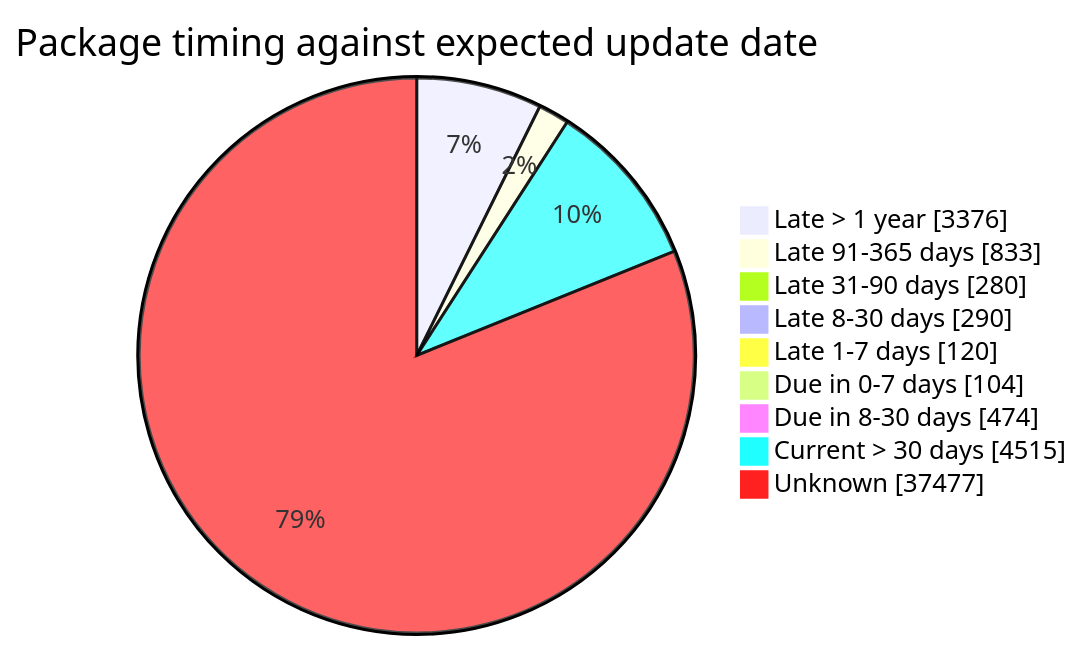
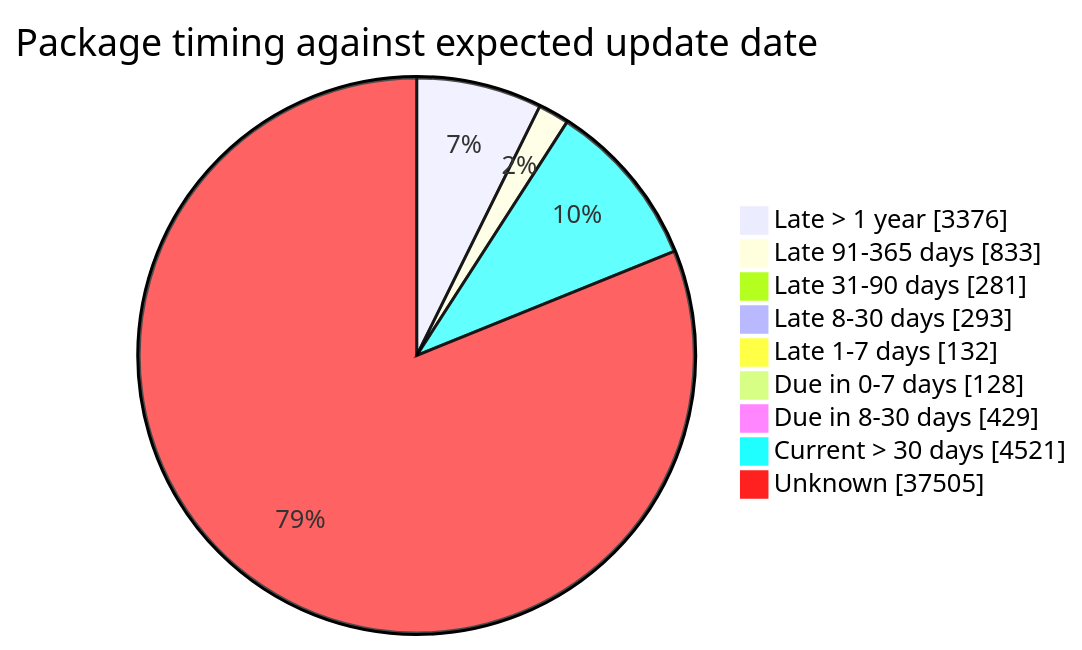
Before and after one commit to open-data/analytics-corporate-reporting: the fourth of 5 diagrams in FreshCheck/README.md, drawn with Mermaid. The commit also changed other lines of this file and 3 other files, not shown here.

````diff
--- a/FreshCheck/README.md
+++ b/FreshCheck/README.md
@@ -87,12 +87,12 @@
 ```mermaid
 pie showData title Package timing against expected update date
     "Late > 1 year": 3376
     "Late 91-365 days": 833
-    "Late 31-90 days": 280
-    "Late 8-30 days": 290
-    "Late 1-7 days": 120
-    "Due in 0-7 days": 104
-    "Due in 8-30 days": 474
-    "Current > 30 days": 4515
-    "Unknown": 37477
+    "Late 31-90 days": 281
+    "Late 8-30 days": 293
+    "Late 1-7 days": 132
+    "Due in 0-7 days": 128
+    "Due in 8-30 days": 429
+    "Current > 30 days": 4521
+    "Unknown": 37505
 ```
````
